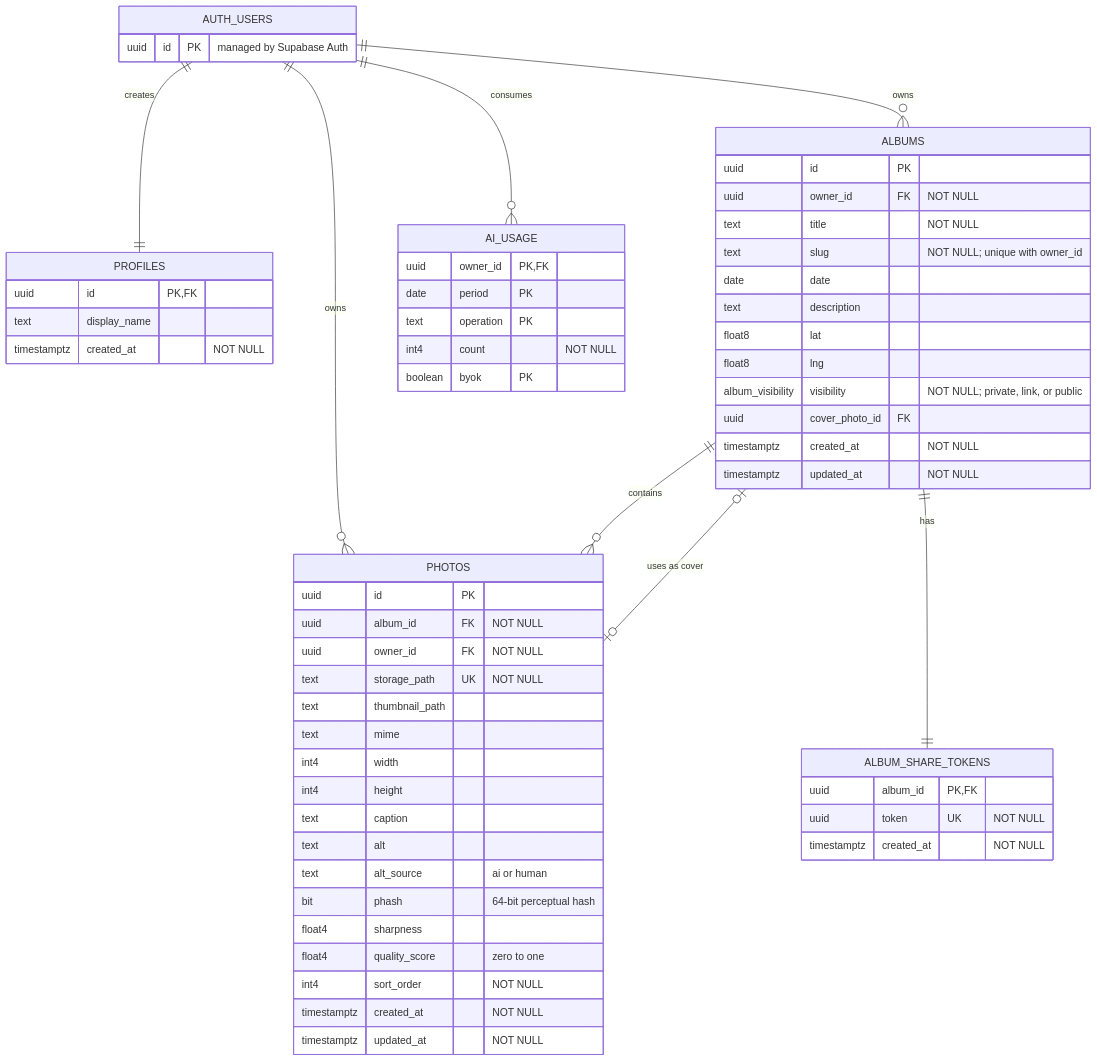
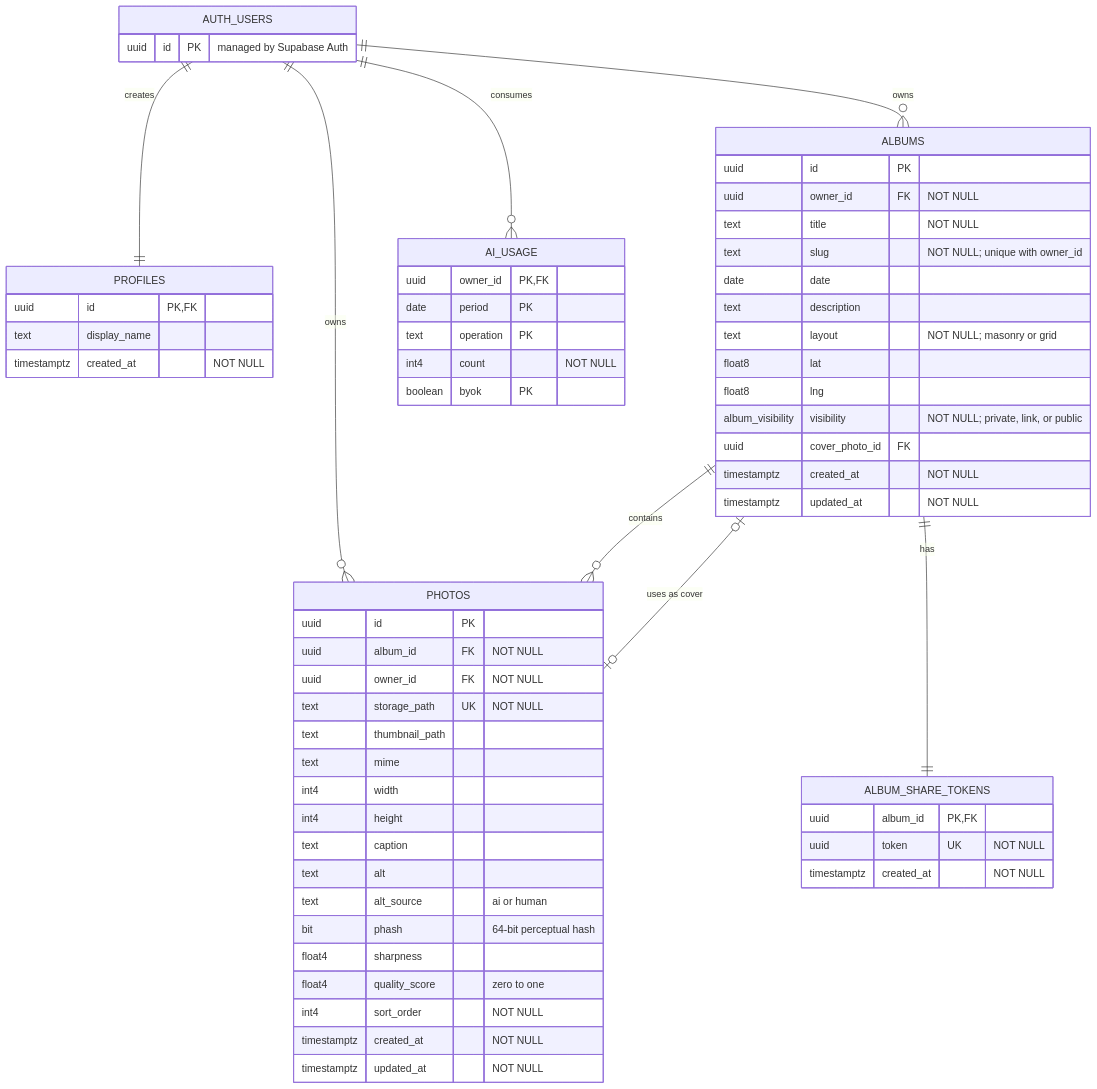
One commit to Elizabeth1979/albums-studio changed the second of 3 diagrams in docs/project-structure.md. Above: the diagram before and after it, drawn with Mermaid. The commit also changed other lines of this file and 18 other files, not shown here.

````diff
--- a/docs/project-structure.md
+++ b/docs/project-structure.md
@@ -80,69 +83,70 @@
 ```mermaid
 erDiagram
     AUTH_USERS ||--|| PROFILES : creates
     AUTH_USERS ||--o{ ALBUMS : owns
     AUTH_USERS ||--o{ PHOTOS : owns
     AUTH_USERS ||--o{ AI_USAGE : consumes
     ALBUMS ||--o{ PHOTOS : contains
     ALBUMS ||--|| ALBUM_SHARE_TOKENS : has
     ALBUMS o|--o| PHOTOS : "uses as cover"
 
     AUTH_USERS {
         uuid id PK "managed by Supabase Auth"
     }
 
     PROFILES {
         uuid id PK, FK
         text display_name
         timestamptz created_at "NOT NULL"
     }
 
     ALBUMS {
         uuid id PK
         uuid owner_id FK "NOT NULL"
         text title "NOT NULL"
         text slug "NOT NULL; unique with owner_id"
         date date
         text description
+        text layout "NOT NULL; masonry or grid"
         float8 lat
         float8 lng
         album_visibility visibility "NOT NULL; private, link, or public"
         uuid cover_photo_id FK
         timestamptz created_at "NOT NULL"
         timestamptz updated_at "NOT NULL"
     }
 
     PHOTOS {
         uuid id PK
         uuid album_id FK "NOT NULL"
         uuid owner_id FK "NOT NULL"
         text storage_path UK "NOT NULL"
         text thumbnail_path
         text mime
         int4 width
         int4 height
         text caption
         text alt
         text alt_source "ai or human"
         bit phash "64-bit perceptual hash"
         float4 sharpness
         float4 quality_score "zero to one"
         int4 sort_order "NOT NULL"
         timestamptz created_at "NOT NULL"
         timestamptz updated_at "NOT NULL"
     }
 
     AI_USAGE {
         uuid owner_id PK, FK
         date period PK
         text operation PK
         int4 count "NOT NULL"
         boolean byok PK
     }
 
     ALBUM_SHARE_TOKENS {
         uuid album_id PK, FK
         uuid token UK "NOT NULL"
         timestamptz created_at "NOT NULL"
     }
 ```
````
